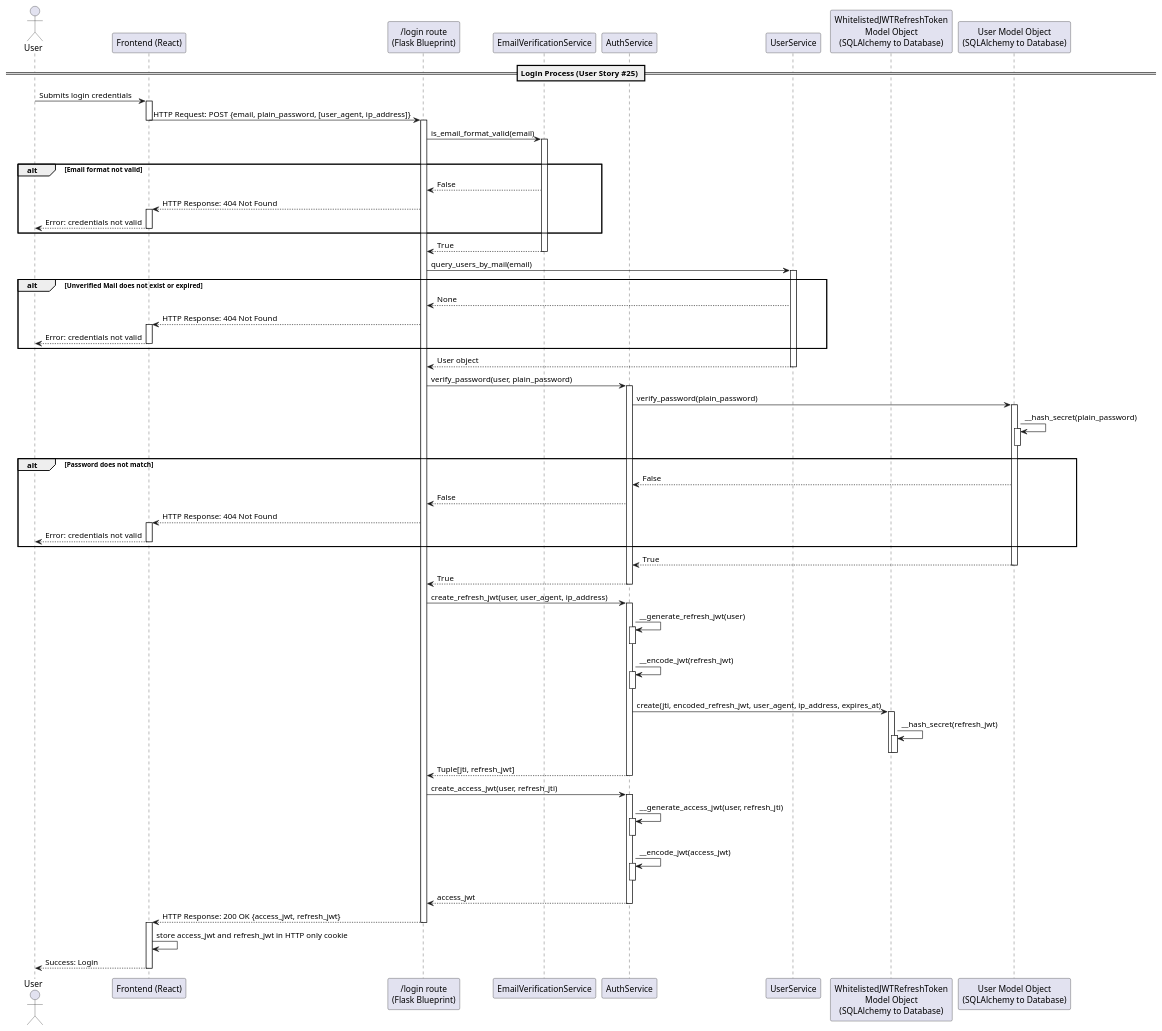
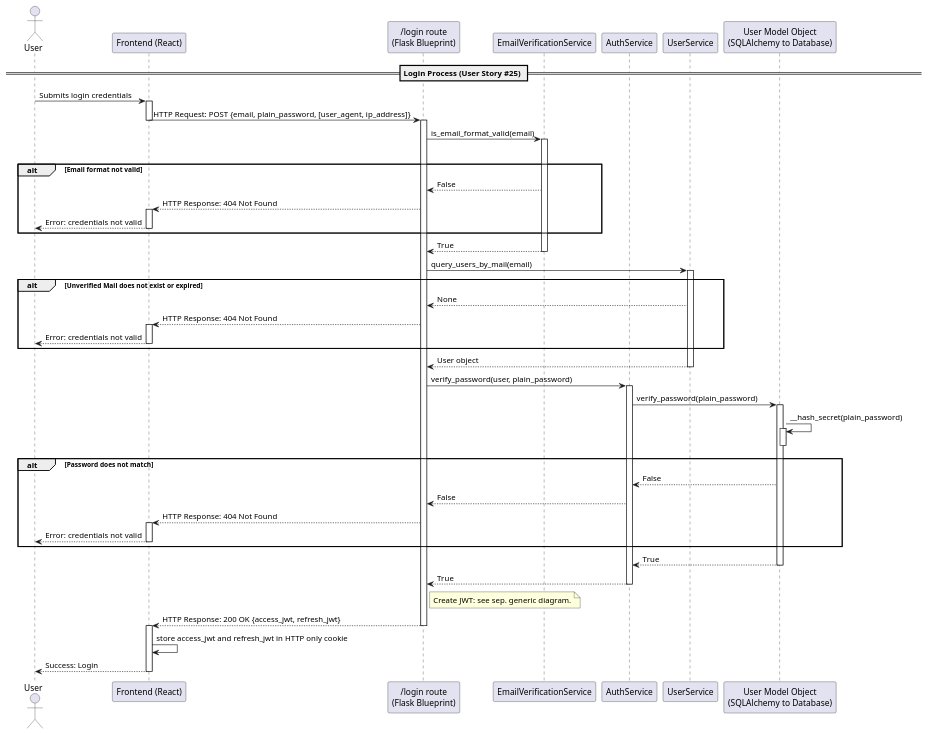
Before and after one commit to dominikoetiker/TheMentalLoadHub: the diagram in docs/diagrams/uml/sequence/login.puml, drawn with PlantUML. The commit also changed 4 other files, not shown here.

First line of the commit message:
Refactor JWT creation process and update related diagrams

```diff
--- a/docs/diagrams/uml/sequence/login.puml
+++ b/docs/diagrams/uml/sequence/login.puml
@@ -1,91 +1,68 @@
 @startuml
 actor "User" as AppUser
 participant "Frontend (React)" as FE
 participant "/login route\n(Flask Blueprint)" as LR
 participant "EmailVerificationService" as ES
 participant "AuthService" as AS
 participant "UserService" as US
-participant "WhitelistedJWTRefreshToken\nModel Object\n(SQLAlchemy to Database)" as WM
 participant "User Model Object\n(SQLAlchemy to Database)" as UM
 
 == Login Process (User Story #25) ==
 AppUser -> FE: Submits login credentials
 activate FE
 FE -> LR : HTTP Request: POST {email, plain_password, [user_agent, ip_address]}
 deactivate FE
 activate LR
 LR -> ES : is_email_format_valid(email)
 activate ES
 alt
 alt Email format not valid
     LR <-- ES : False
     FE <-- LR : HTTP Response: 404 Not Found
     activate FE
     AppUser <-- FE : Error: credentials not valid
     deactivate FE
 end
 LR <-- ES : True
 deactivate ES
 LR -> US : query_users_by_mail(email)
 activate US
 alt Unverified Mail does not exist or expired
     LR <-- US : None
     FE <-- LR : HTTP Response: 404 Not Found
     activate FE
     AppUser <-- FE : Error: credentials not valid
     deactivate FE
 end
 LR <-- US : User object
 deactivate US
 LR -> AS : verify_password(user, plain_password)
 activate AS
 AS -> UM : verify_password(plain_password)
 activate UM
 UM -> UM : __hash_secret(plain_password)
 activate UM
 deactivate UM
 alt Password does not match
     AS <-- UM : False
     LR <-- AS : False
     FE <-- LR : HTTP Response: 404 Not Found
     activate FE
     AppUser <-- FE : Error: credentials not valid
     deactivate FE
 end
 AS <-- UM : True
 deactivate UM
 LR <-- AS : True
 deactivate AS
-LR -> AS : create_refresh_jwt(user, user_agent, ip_address)
-activate AS
-AS -> AS : __generate_refresh_jwt(user)
-activate AS
-deactivate AS
-AS -> AS : __encode_jwt(refresh_jwt)
-activate AS
-deactivate AS
-AS -> WM : create(jti, encoded_refresh_jwt, user_agent, ip_address, expires_at)
-activate WM
-WM -> WM : __hash_secret(refresh_jwt)
-activate WM
-deactivate WM
-deactivate WM
-LR <-- AS : Tuple[jti, refresh_jwt]
-deactivate AS
-LR -> AS : create_access_jwt(user, refresh_jti)
-activate AS
-AS -> AS : __generate_access_jwt(user, refresh_jti)
-activate AS
-deactivate AS
-AS -> AS : __encode_jwt(access_jwt)
-activate AS
-deactivate AS
-LR <-- AS : access_jwt
-deactivate AS
+
+note right of LR : Create JWT: see sep. generic diagram.
+
+
 FE <-- LR : HTTP Response: 200 OK {access_jwt, refresh_jwt}
 deactivate LR
 activate FE
 FE -> FE : store access_jwt and refresh_jwt in HTTP only cookie
 AppUser <-- FE : Success: Login
 deactivate FE
 @enduml
```
